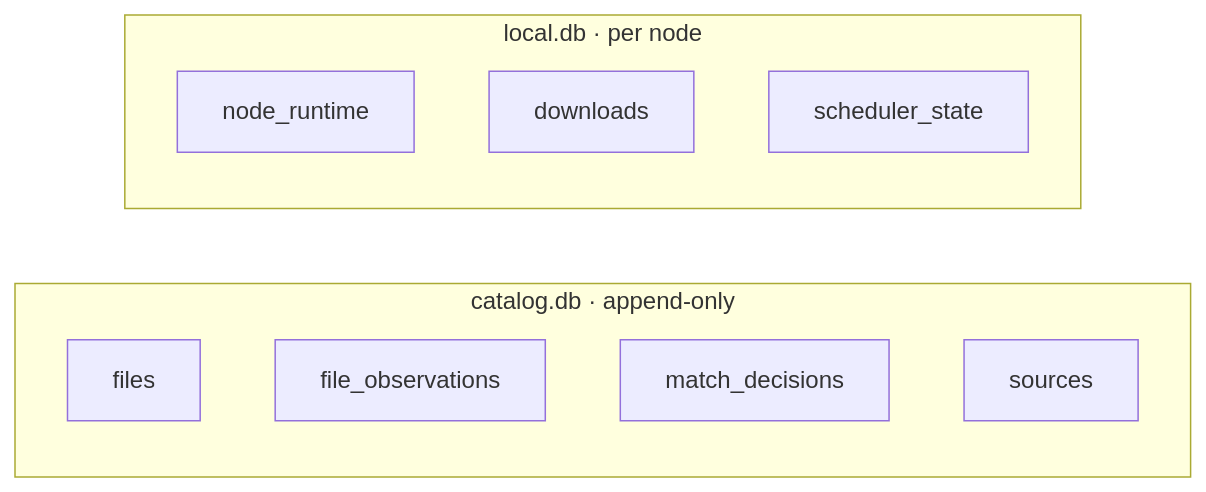
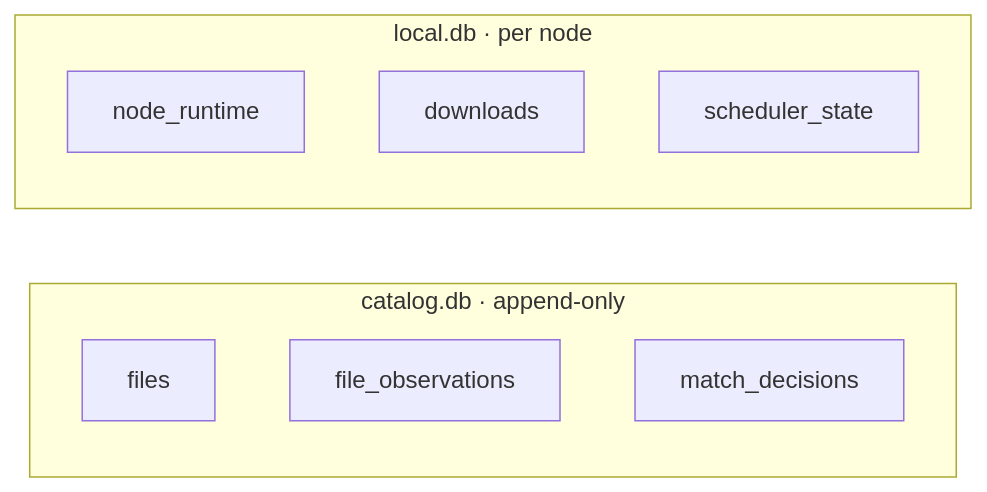
One commit to mission-titar/mulewatch changed the ninth of 10 diagrams in docs/contributing/architecture.md. Above: the diagram before and after it, drawn with Mermaid. The commit also changed other lines of this file and 7 other files, not shown here.

````diff
--- a/docs/contributing/architecture.md
+++ b/docs/contributing/architecture.md
@@ -366,14 +366,13 @@
 ```mermaid
 flowchart LR
   subgraph cat["catalog.db · append-only"]
     f["files"]
     fo["file_observations"]
     md["match_decisions"]
-    src["sources"]
   end
   subgraph loc["local.db · per node"]
     nr["node_runtime"]
     dl["downloads"]
     ss["scheduler_state"]
   end
 ```
````
